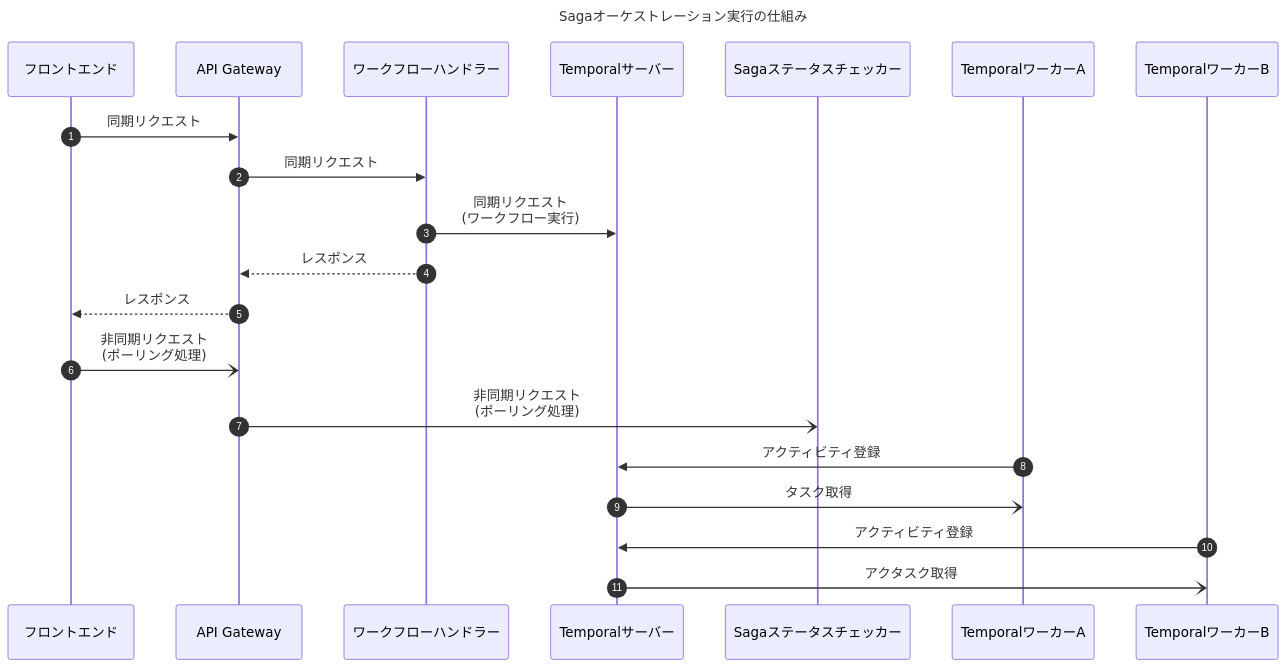
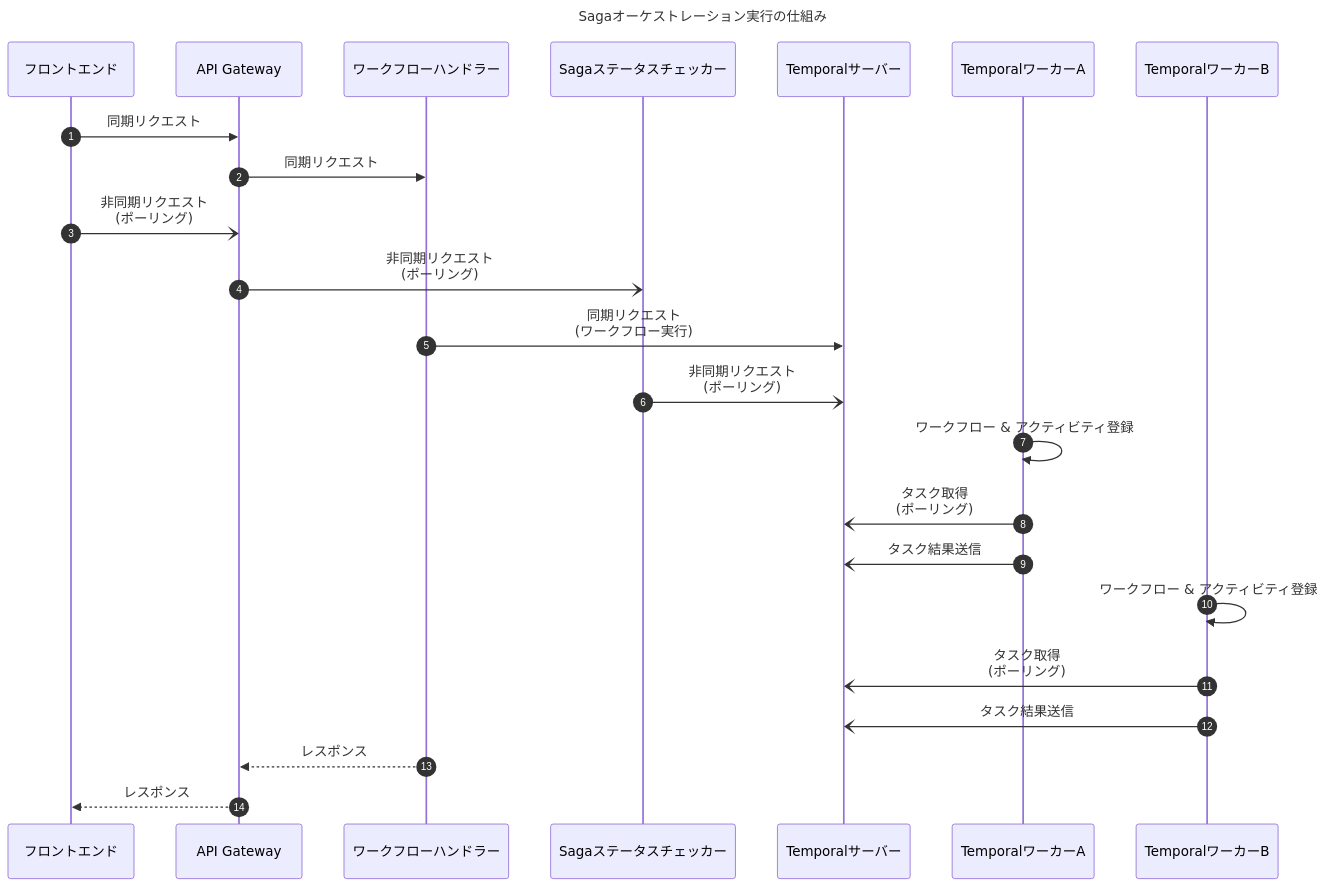
The diagram in docs/software/software_application_workflow_temporal.md (hiroki-it/tech-notebook), drawn with Mermaid before and after one commit. The commit also changed other lines of this file and 4 other files, not shown here.

````diff
--- a/docs/software/software_application_workflow_temporal.md
+++ b/docs/software/software_application_workflow_temporal.md
@@ -551,31 +551,36 @@
 ```mermaid
 ---
 title: Sagaオーケストレーション実行の仕組み
 ---
 sequenceDiagram
 
     autonumber
 
     フロントエンド ->> API Gateway: 同期リクエスト
 
     API Gateway ->> ワークフローハンドラー: 同期リクエスト
 
+    フロントエンド -) API Gateway: 非同期リクエスト<br>(ポーリング)
+
+    API Gateway -) Sagaステータスチェッカー: 非同期リクエスト<br>(ポーリング)
+
     ワークフローハンドラー ->> Temporalサーバー: 同期リクエスト<br>(ワークフロー実行)
+
+    Sagaステータスチェッカー -) Temporalサーバー: 非同期リクエスト<br>(ポーリング)
+
+    TemporalワーカーA ->> TemporalワーカーA: ワークフロー & アクティビティ登録
+
+    TemporalワーカーA -) Temporalサーバー: タスク取得<br>(ポーリング)
+
+    TemporalワーカーA -) Temporalサーバー: タスク結果送信
+
+    TemporalワーカーB ->> TemporalワーカーB: ワークフロー & アクティビティ登録
+
+    TemporalワーカーB -) Temporalサーバー: タスク取得<br>(ポーリング)
+
+    TemporalワーカーB -) Temporalサーバー: タスク結果送信
 
     ワークフローハンドラー -->> API Gateway: レスポンス
 
     API Gateway -->> フロントエンド: レスポンス
-
-    フロントエンド -) API Gateway: 非同期リクエスト<br>(ポーリング処理)
-
-    API Gateway -) Sagaステータスチェッカー: 非同期リクエスト<br>(ポーリング処理)
-
-
-    TemporalワーカーA ->> Temporalサーバー: アクティビティ登録
-
-    Temporalサーバー -) TemporalワーカーA: タスク取得
-
-    TemporalワーカーB ->> Temporalサーバー: アクティビティ登録
-
-    Temporalサーバー -) TemporalワーカーB: アクタスク取得
 ```
````
